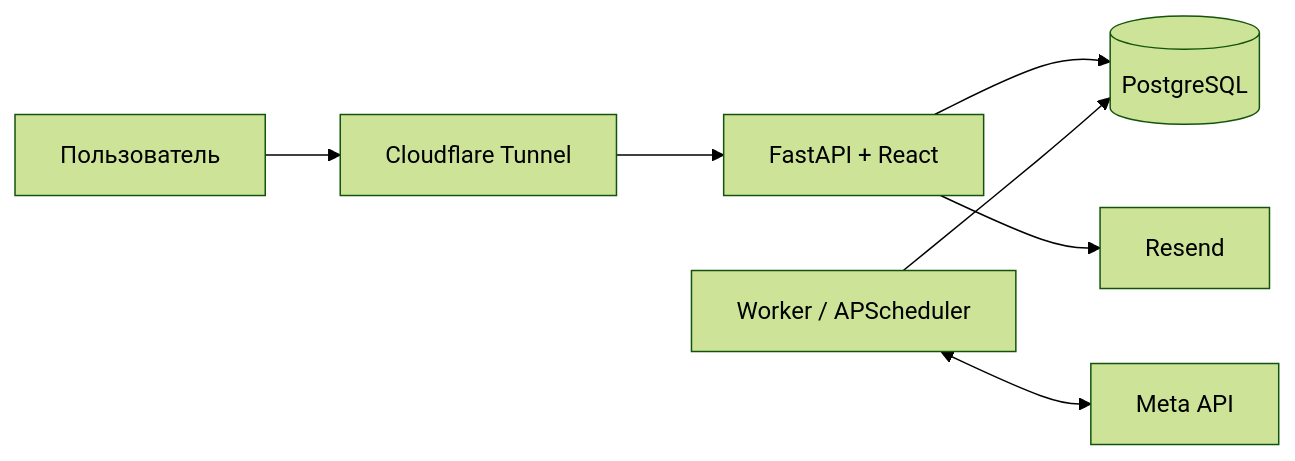
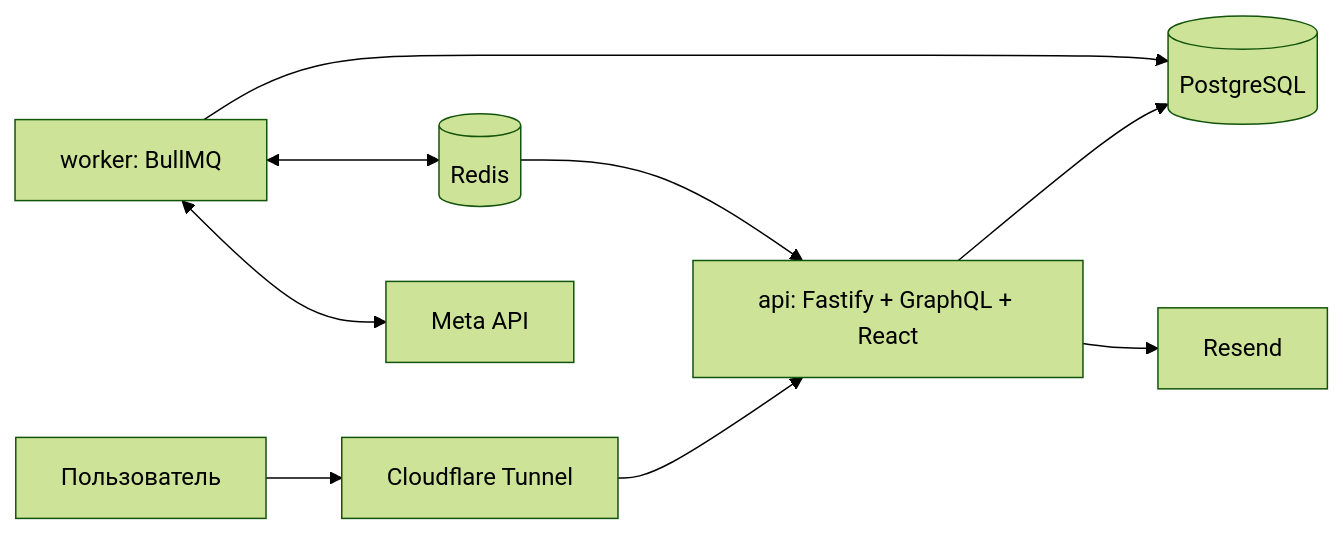
One commit to hiurano/buyerly changed the diagram in docs/ARCHITECTURE.md. Above: the diagram before and after it, drawn with Mermaid (forest theme). The commit also changed other lines of this file and 10 other files, not shown here.

````diff
--- a/docs/ARCHITECTURE.md
+++ b/docs/ARCHITECTURE.md
@@ -7,9 +7,11 @@
 ```mermaid
 flowchart LR
     U[Пользователь] --> T[Cloudflare Tunnel]
-    T --> A[FastAPI + React]
+    T --> A[api: Fastify + GraphQL + React]
     A --> D[(PostgreSQL)]
     A --> E[Resend]
-    K[Worker / APScheduler] --> D
+    K[worker: BullMQ] --> D
+    K <--> R[(Redis)]
+    R --> A
     K <--> M[Meta API]
 ```
````
